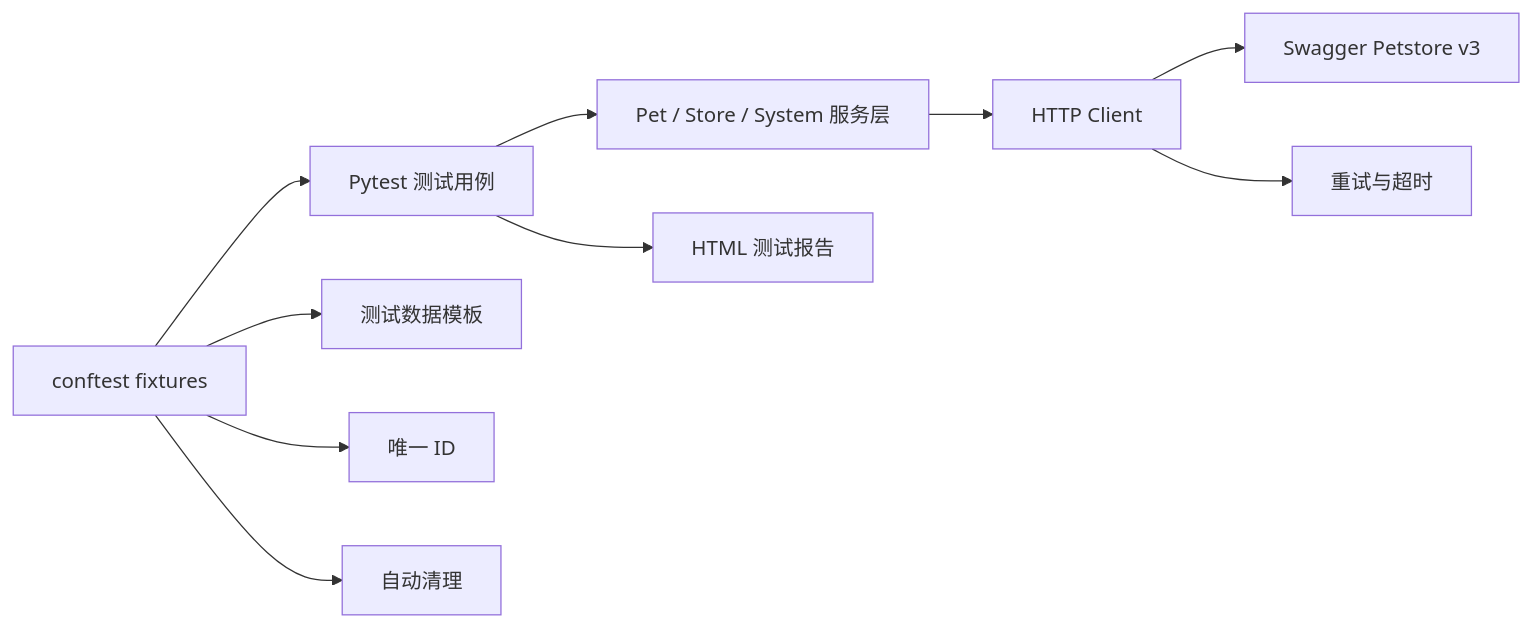
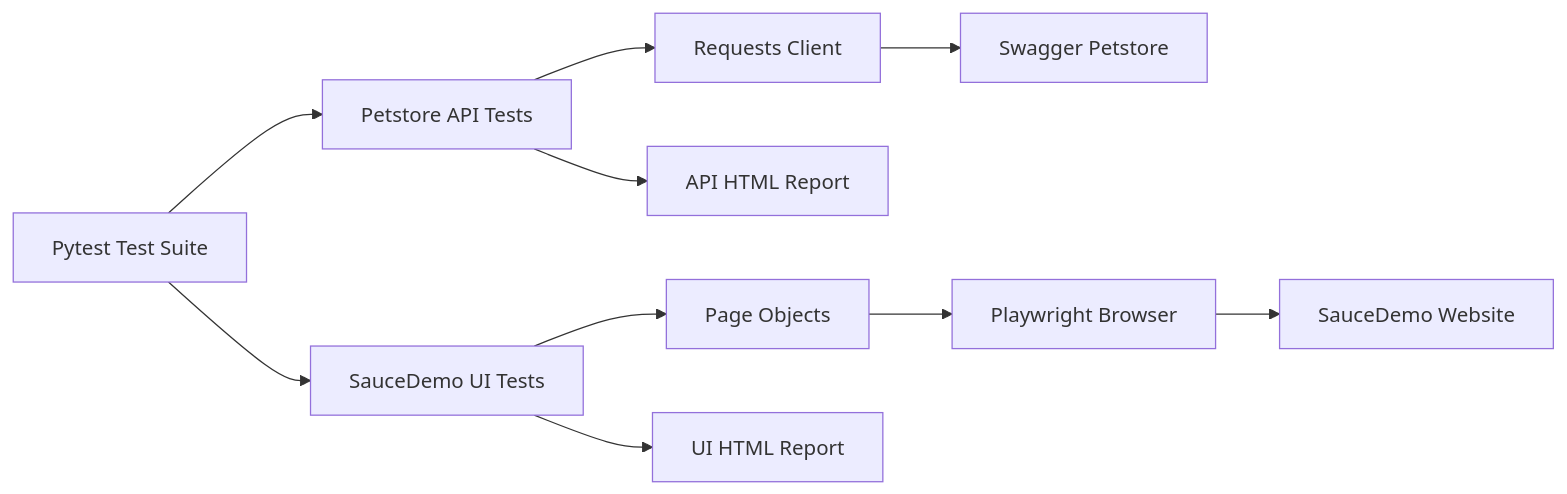
One commit to ri-ce/petstore-api-test-framework changed the diagram in README.md. Above: the diagram before and after it, drawn with Mermaid. The commit also changed other lines of this file and 24 other files, not shown here.

Commit message:
feat: add SauceDemo UI automation portfolio

````diff
--- a/README.md
+++ b/README.md
@@ -51,12 +67,12 @@
 ```mermaid
 flowchart LR
-    T[Pytest 测试用例] --> S[Pet / Store / System 服务层]
-    S --> C[HTTP Client]
-    C --> R[Swagger Petstore v3]
-    F[conftest fixtures] --> T
-    F --> D[测试数据模板]
-    F --> U[唯一 ID]
-    F --> X[自动清理]
-    C --> P[重试与超时]
-    T --> H[HTML 测试报告]
+    T[Pytest Test Suite] --> API[Petstore API Tests]
+    T --> UI[SauceDemo UI Tests]
+    API --> C[Requests Client]
+    C --> P[Swagger Petstore]
+    UI --> PO[Page Objects]
+    PO --> B[Playwright Browser]
+    B --> S[SauceDemo Website]
+    API --> R1[API HTML Report]
+    UI --> R2[UI HTML Report]
 ```
````
